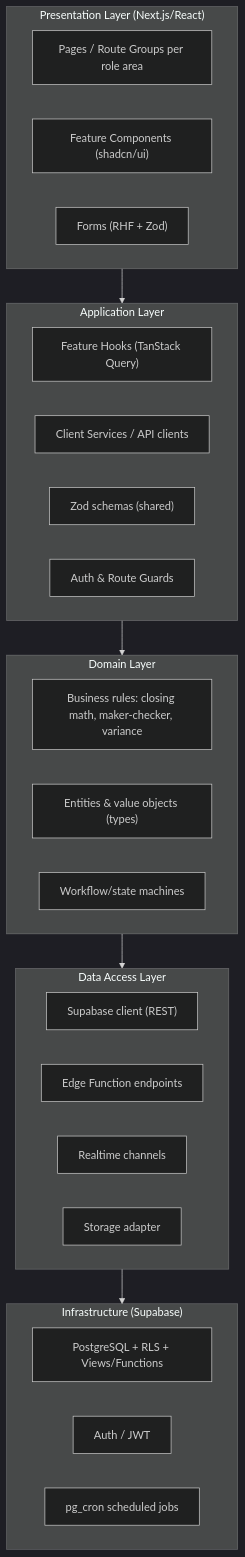
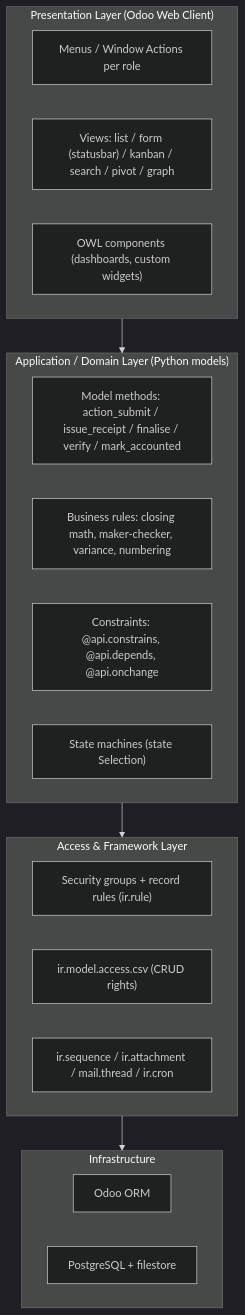
The second of 8 diagrams in docs/TechnicalArchitecture.md (arunideen/branch-cash-management-system-odoo), drawn with Mermaid (dark theme) before and after one commit. The commit also changed other lines of this file and 53 other files, not shown here.

````diff
--- a/docs/TechnicalArchitecture.md
+++ b/docs/TechnicalArchitecture.md
@@ -121,32 +125,25 @@
 ```mermaid
 graph TD
-    subgraph Presentation["Presentation Layer (Next.js/React)"]
-        P1["Pages / Route Groups per role area"]
-        P2["Feature Components (shadcn/ui)"]
-        P3["Forms (RHF + Zod)"]
+    subgraph Presentation["Presentation Layer (Odoo Web Client)"]
+        P1["Menus / Window Actions per role"]
+        P2["Views: list / form (statusbar) / kanban / search / pivot / graph"]
+        P3["OWL components (dashboards, custom widgets)"]
     end
-    subgraph Application["Application Layer"]
-        A1["Feature Hooks (TanStack Query)"]
-        A2["Client Services / API clients"]
-        A3["Zod schemas (shared)"]
-        A4["Auth & Route Guards"]
+    subgraph Application["Application / Domain Layer (Python models)"]
+        A1["Model methods: action_submit / issue_receipt / finalise / verify / mark_accounted"]
+        A2["Business rules: closing math, maker-checker, variance, numbering"]
+        A3["Constraints: @api.constrains, @api.depends, @api.onchange"]
+        A4["State machines (state Selection)"]
     end
-    subgraph Domain["Domain Layer"]
-        D1["Business rules: closing math, maker-checker, variance"]
-        D2["Entities & value objects (types)"]
-        D3["Workflow/state machines"]
+    subgraph Access["Access & Framework Layer"]
+        AC1["Security groups + record rules (ir.rule)"]
+        AC2["ir.model.access.csv (CRUD rights)"]
+        AC3["ir.sequence / ir.attachment / mail.thread / ir.cron"]
     end
-    subgraph Data["Data Access Layer"]
-        DA1["Supabase client (REST)"]
-        DA2["Edge Function endpoints"]
-        DA3["Realtime channels"]
-        DA4["Storage adapter"]
-    end
-    subgraph Infra["Infrastructure (Supabase)"]
-        I1["PostgreSQL + RLS + Views/Functions"]
-        I2["Auth / JWT"]
-        I3["pg_cron scheduled jobs"]
+    subgraph Infra["Infrastructure"]
+        I1["Odoo ORM"]
+        I2["PostgreSQL + filestore"]
     end
 
-    Presentation --> Application --> Domain --> Data --> Infra
+    Presentation --> Application --> Access --> Infra
 ```
````
